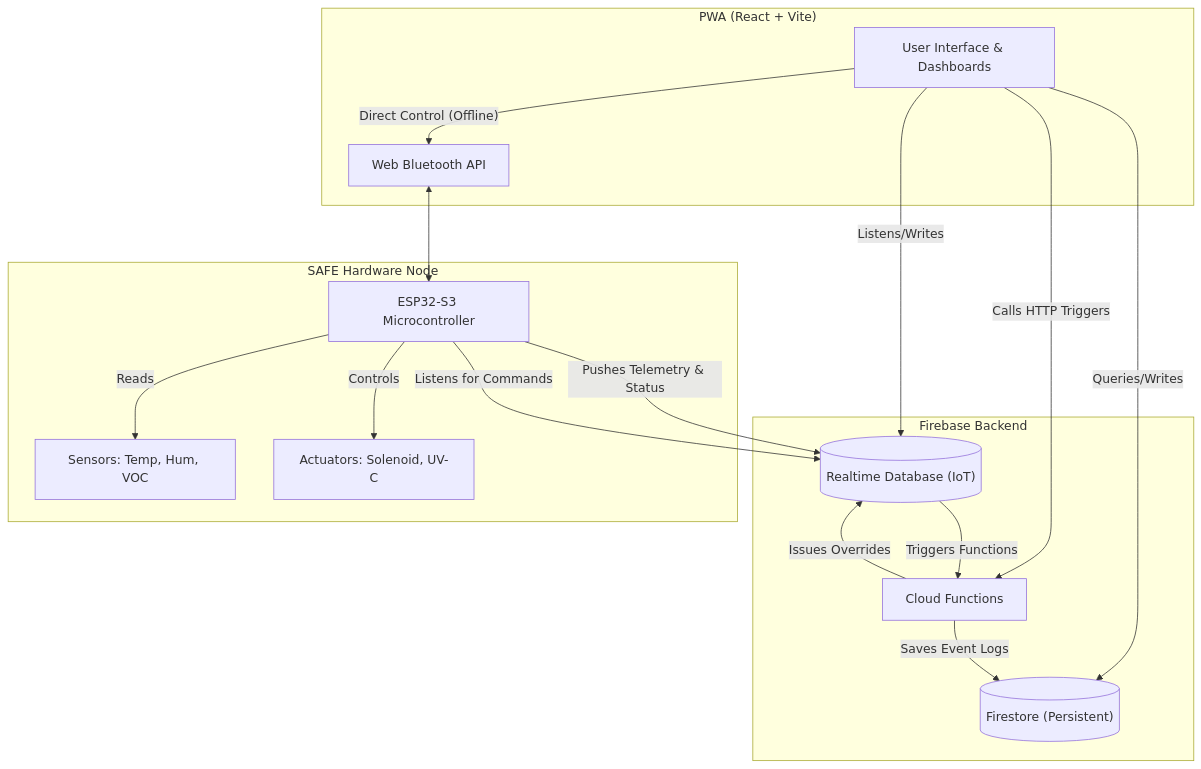
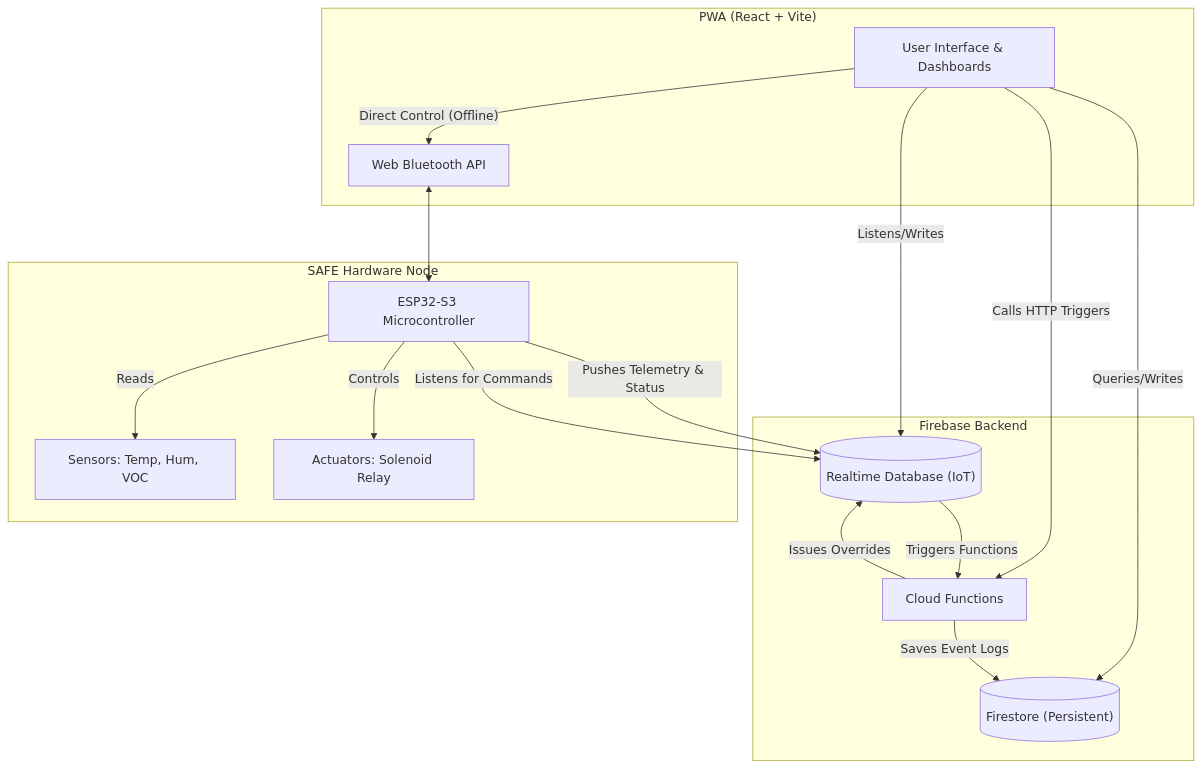
The first of 6 diagrams in SAFE_Locker_Visual_Guide.md (TamboliSara/ASEP2-PWA-2.0), drawn with Mermaid before and after one commit. The commit also changed other lines of this file and 9 other files, not shown here.

````diff
--- a/SAFE_Locker_Visual_Guide.md
+++ b/SAFE_Locker_Visual_Guide.md
@@ -11,39 +11,39 @@
 ```mermaid
 graph TD
     subgraph Frontend ["PWA (React + Vite)"]
         UI["User Interface & Dashboards"]
         BLE["Web Bluetooth API"]
     end
 
     subgraph Cloud ["Firebase Backend"]
         RTDB[("Realtime Database (IoT)")]
         Firestore[("Firestore (Persistent)")]
         CF["Cloud Functions"]
     end
 
     subgraph Hardware ["SAFE Hardware Node"]
         ESP32["ESP32-S3 Microcontroller"]
         Sensors["Sensors: Temp, Hum, VOC"]
-        Actuators["Actuators: Solenoid, UV-C"]
+        Actuators["Actuators: Solenoid Relay"]
     end
 
     %% Frontend to Cloud Connections
     UI -- "Listens/Writes" --> RTDB
     UI -- "Queries/Writes" --> Firestore
     UI -- "Calls HTTP Triggers" --> CF
     UI -- "Direct Control (Offline)" --> BLE
 
     %% Frontend to Hardware Connection
     BLE <--> ESP32
 
     %% Hardware to Cloud Connections
     ESP32 -- "Pushes Telemetry & Status" --> RTDB
     ESP32 -- "Listens for Commands" --> RTDB
     ESP32 -- "Reads" --> Sensors
     ESP32 -- "Controls" --> Actuators
 
     %% Internal Cloud Connections
     CF -- "Issues Overrides" --> RTDB
     CF -- "Saves Event Logs" --> Firestore
     RTDB -- "Triggers Functions" --> CF
 ```
````
